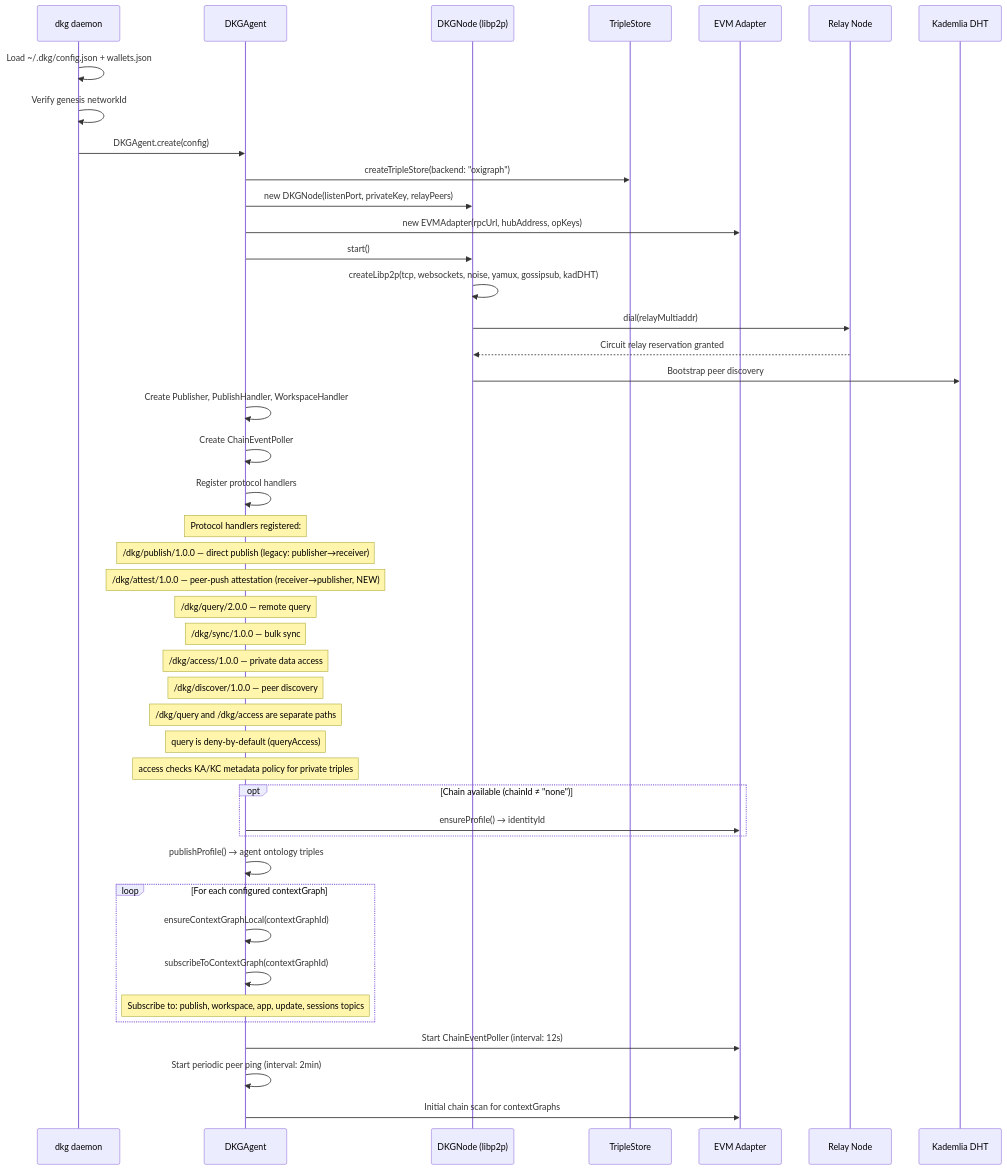
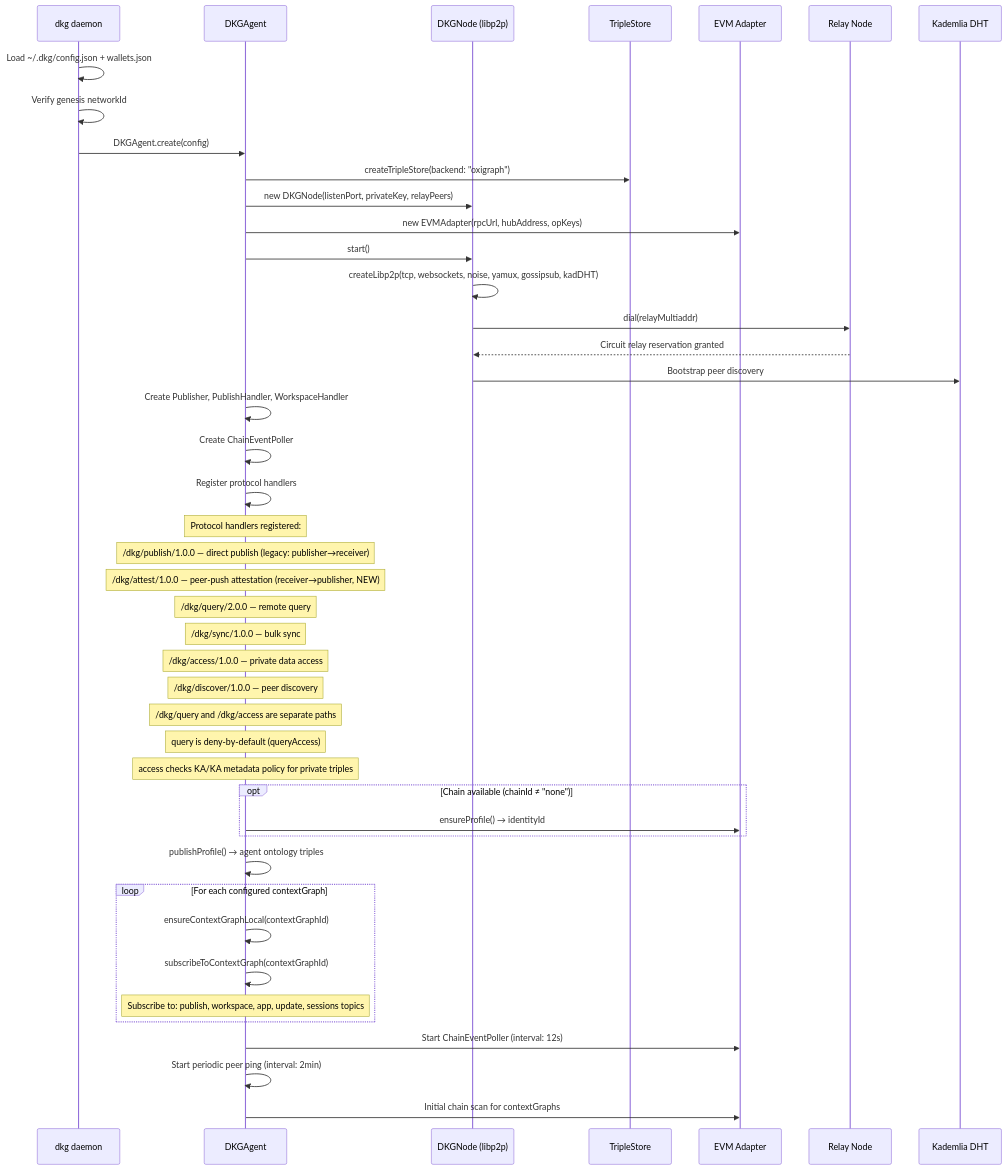
One commit to KilianTrunk/dkg changed the first of 15 diagrams in docs/v9-protocol-operations.md. Above: the diagram before and after it, drawn with Mermaid. The commit also changed other lines of this file and 122 other files, not shown here.

````diff
--- a/docs/v9-protocol-operations.md
+++ b/docs/v9-protocol-operations.md
@@ -35,55 +35,55 @@
 ```mermaid
 sequenceDiagram
     participant CLI as dkg daemon
     participant Agent as DKGAgent
     participant Node as DKGNode (libp2p)
     participant Store as TripleStore
     participant Chain as EVM Adapter
     participant Relay as Relay Node
     participant DHT as Kademlia DHT
 
     CLI->>CLI: Load ~/.dkg/config.json + wallets.json
     CLI->>CLI: Verify genesis networkId
 
     CLI->>Agent: DKGAgent.create(config)
     Agent->>Store: createTripleStore(backend: "oxigraph")
     Agent->>Node: new DKGNode(listenPort, privateKey, relayPeers)
     Agent->>Chain: new EVMAdapter(rpcUrl, hubAddress, opKeys)
 
     Agent->>Node: start()
     Node->>Node: createLibp2p(tcp, websockets, noise, yamux, gossipsub, kadDHT)
     Node->>Relay: dial(relayMultiaddr)
     Relay-->>Node: Circuit relay reservation granted
     Node->>DHT: Bootstrap peer discovery
 
     Agent->>Agent: Create Publisher, PublishHandler, WorkspaceHandler
     Agent->>Agent: Create ChainEventPoller
     Agent->>Agent: Register protocol handlers
 
     Note over Agent: Protocol handlers registered:
     Note over Agent: /dkg/publish/1.0.0 — direct publish (legacy: publisher→receiver)
     Note over Agent: /dkg/attest/1.0.0 — peer-push attestation (receiver→publisher, NEW)
     Note over Agent: /dkg/query/2.0.0 — remote query
     Note over Agent: /dkg/sync/1.0.0 — bulk sync
     Note over Agent: /dkg/access/1.0.0 — private data access
     Note over Agent: /dkg/discover/1.0.0 — peer discovery
 
     Note over Agent: /dkg/query and /dkg/access are separate paths
     Note over Agent: query is deny-by-default (queryAccess)
-    Note over Agent: access checks KA/KC metadata policy for private triples
+    Note over Agent: access checks KA/KA metadata policy for private triples
 
     opt Chain available (chainId ≠ "none")
         Agent->>Chain: ensureProfile() → identityId
     end
     Agent->>Agent: publishProfile() → agent ontology triples
 
     loop For each configured contextGraph
         Agent->>Agent: ensureContextGraphLocal(contextGraphId)
         Agent->>Agent: subscribeToContextGraph(contextGraphId)
         Note over Agent: Subscribe to: publish, workspace, app, update, sessions topics
     end
 
     Agent->>Chain: Start ChainEventPoller (interval: 12s)
     Agent->>Agent: Start periodic peer ping (interval: 2min)
     Agent->>Chain: Initial chain scan for contextGraphs
 ```
````
